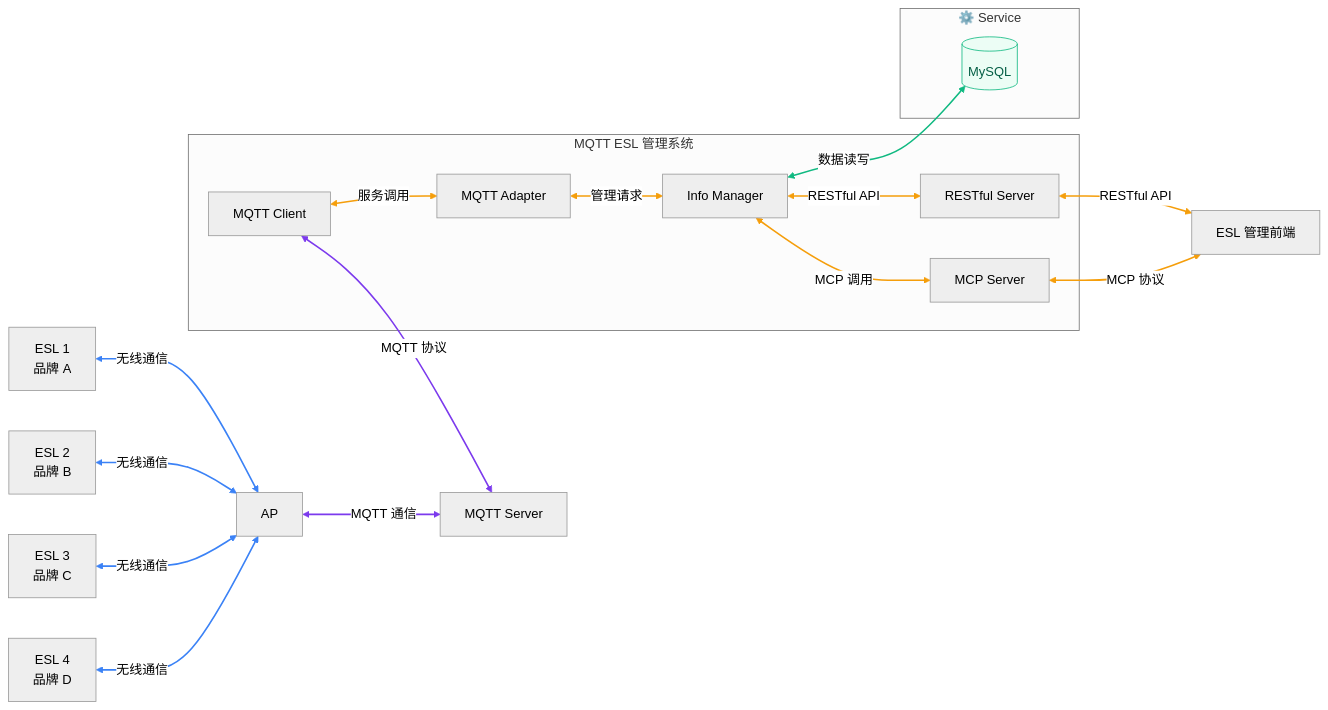
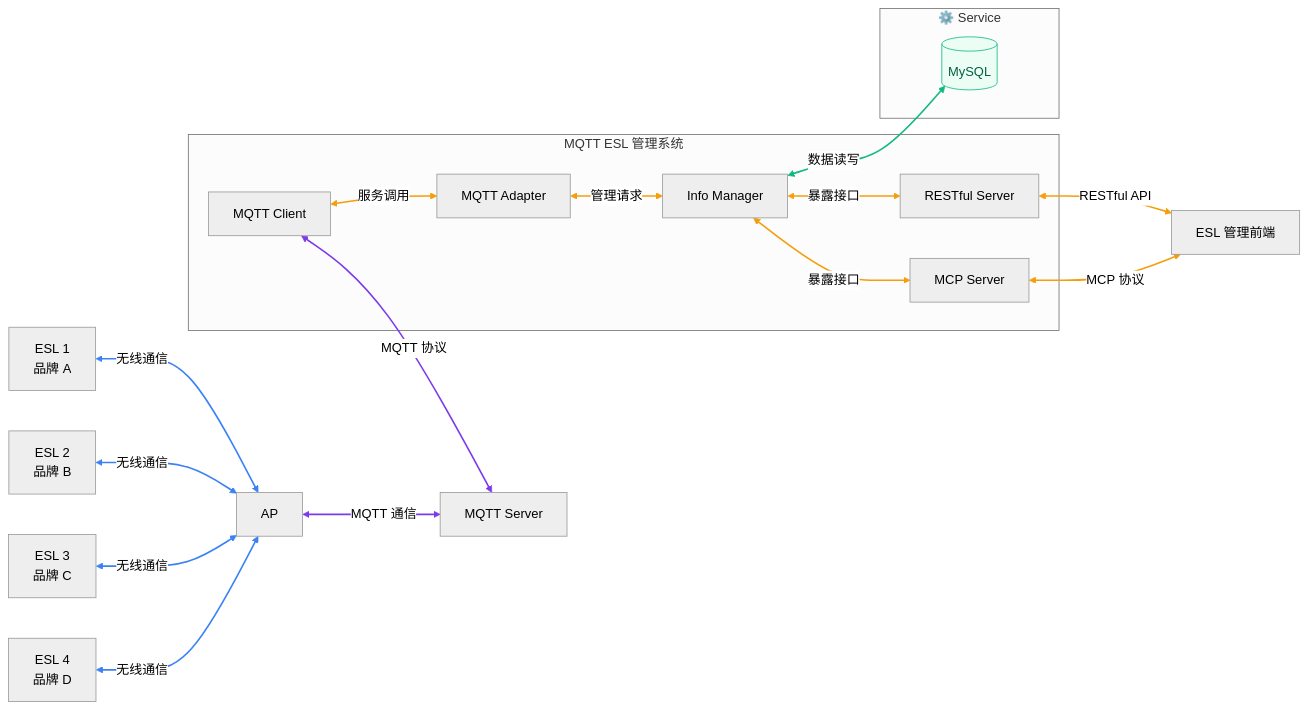
One commit to MQTT-ESL-Dev/.github changed the diagram in profile/README.md. Above: the diagram before and after it, drawn with Mermaid (neutral theme).

Commit message:
fix(🏗️ Structure): arrow text incorrect

````diff
--- a/profile/README.md
+++ b/profile/README.md
@@ -9,37 +9,37 @@
 ```mermaid
 flowchart LR
 	ESL1["ESL 1<br/>品牌 A"] <-->|无线通信| AP[AP]
 	ESL2["ESL 2<br/>品牌 B"] <-->|无线通信| AP
 	ESL3["ESL 3<br/>品牌 C"] <-->|无线通信| AP
 	ESL4["ESL 4<br/>品牌 D"] <-->|无线通信| AP
 	AP <-->|MQTT 通信| MQTT[MQTT Server]
 	subgraph MQTTSystem[MQTT ESL 管理系统]
 		Client[MQTT Client]
 		Adapter[MQTT Adapter]
 		Manager[Info Manager]
 		MCP[MCP Server]
 		NormalServer["RESTful Server"]
 		Client <-->|服务调用| Adapter
 		Adapter <-->|管理请求| Manager
-		Manager <-->|MCP 调用| MCP
-		Manager <-->|RESTful API| NormalServer
+		Manager <-->|暴露接口| MCP
+		Manager <-->|暴露接口| NormalServer
 	end
 	Client <-->|MQTT 协议| MQTT
 	Frontend[ESL 管理前端]
 	NormalServer <-->|RESTful API| Frontend
 	MCP <-->|MCP 协议| Frontend
 	subgraph Service["⚙️ Service"]
 		MySQL[(MySQL)]
 	end
 	Manager <-->|数据读写| MySQL
 
 	classDef blue fill:#EFF6FF,stroke:#3B82F6,color:#1E3A8A;
 	classDef purple fill:#F3E8FF,stroke:#7C3AED,color:#4C1D95;
 	classDef orange fill:#FFF7ED,stroke:#F59E0B,color:#92400E;
 	classDef green fill:#ECFDF5,stroke:#10B981,color:#065F46;
 	class MySQL green;
 	linkStyle 0,1,2,3 stroke:#3B82F6,stroke-width:2px;
 	linkStyle 4,9 stroke:#7C3AED,stroke-width:2px;
 	linkStyle 5,6,7,8,10,11 stroke:#F59E0B,stroke-width:2px;
 	linkStyle 12 stroke:#10B981,stroke-width:2px;
 ```
````
